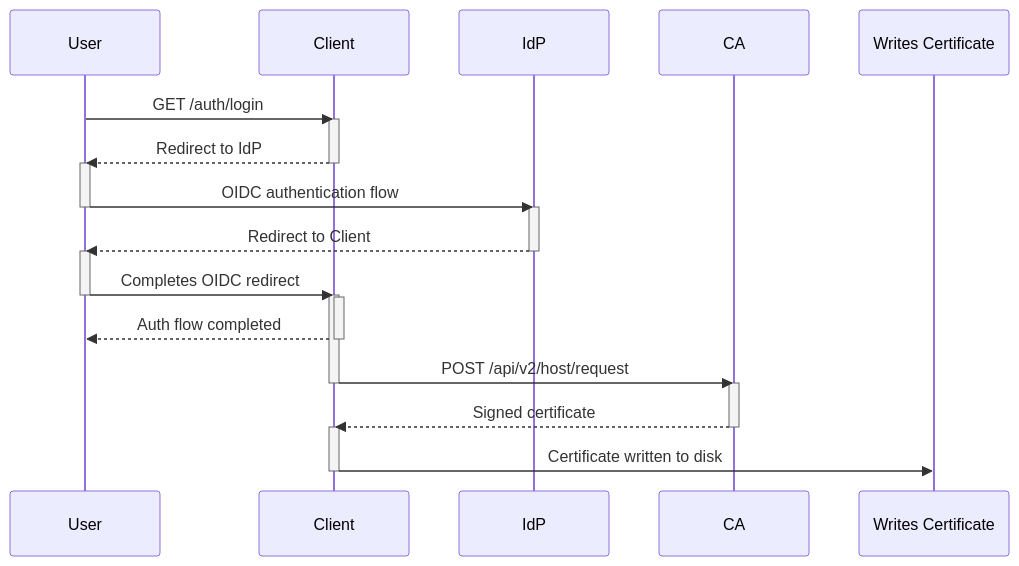
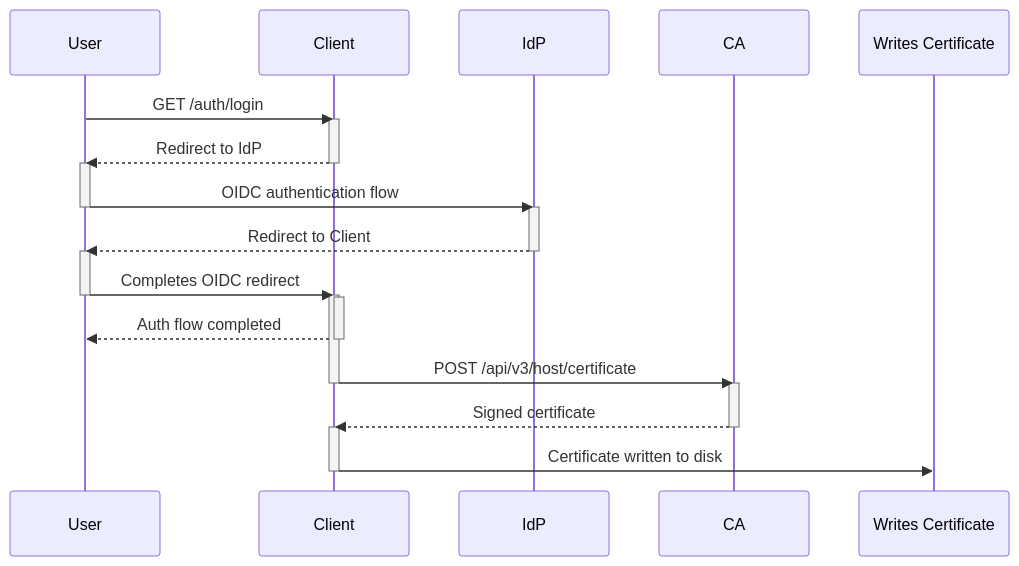
The third of 4 diagrams in README.md (andrewheberle/serverless-ssh-ca), drawn with Mermaid before and after one commit. The commit also changed other lines of this file and 14 other files, not shown here.

First line of the commit message:
Add seperate user and host KRLs and add v3 API (#266)

````diff
--- a/README.md
+++ b/README.md
@@ -101,28 +101,28 @@
 ```mermaid
 sequenceDiagram
     User->>Client: GET /auth/login
     activate Client
     Client-->>User: Redirect to IdP
     deactivate Client
     activate User
     User->>IdP: OIDC authentication flow
     deactivate User
     activate IdP
     IdP-->>User: Redirect to Client
     deactivate IdP
     activate User
     User->>Client: Completes OIDC redirect
     deactivate User
     activate Client
     activate Client
     Client-->>User: Auth flow completed
     deactivate Client
-    Client->>CA: POST /api/v2/host/request
+    Client->>CA: POST /api/v3/host/certificate
     deactivate Client
     activate CA
     CA-->>Client: Signed certificate
     deactivate CA
     activate Client
     Client->>Writes Certificate: Certificate written to disk
     deactivate Client
 ```
````
